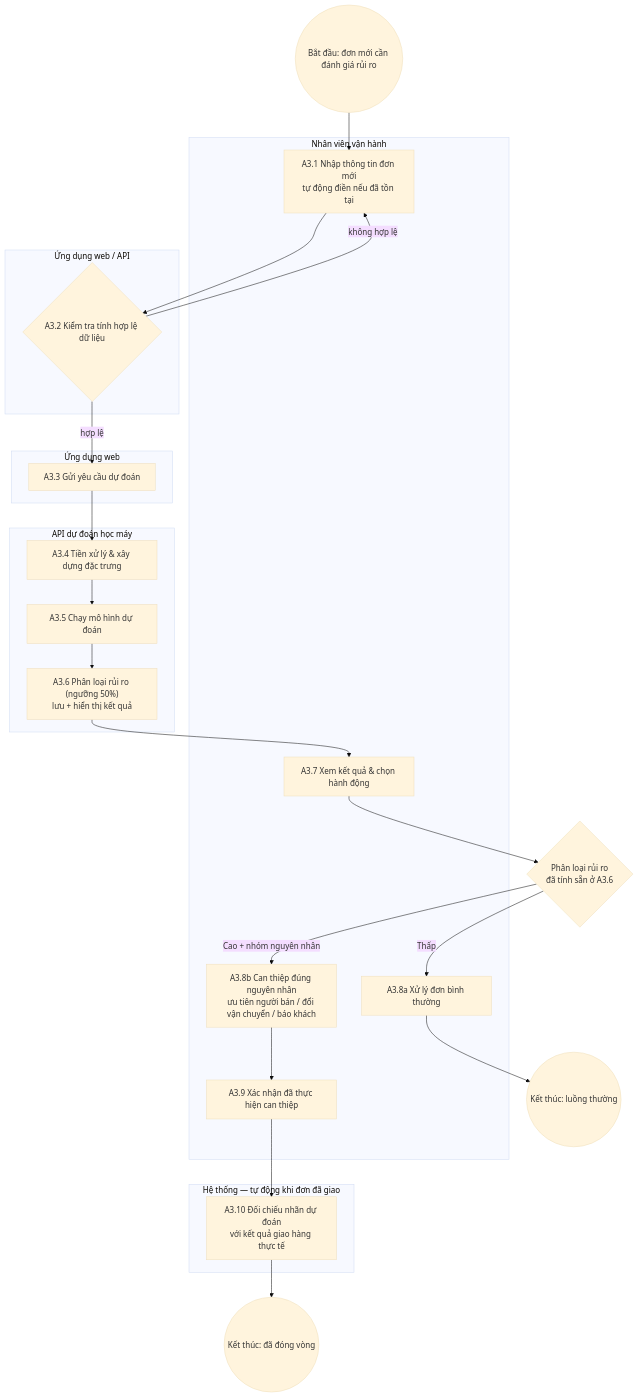
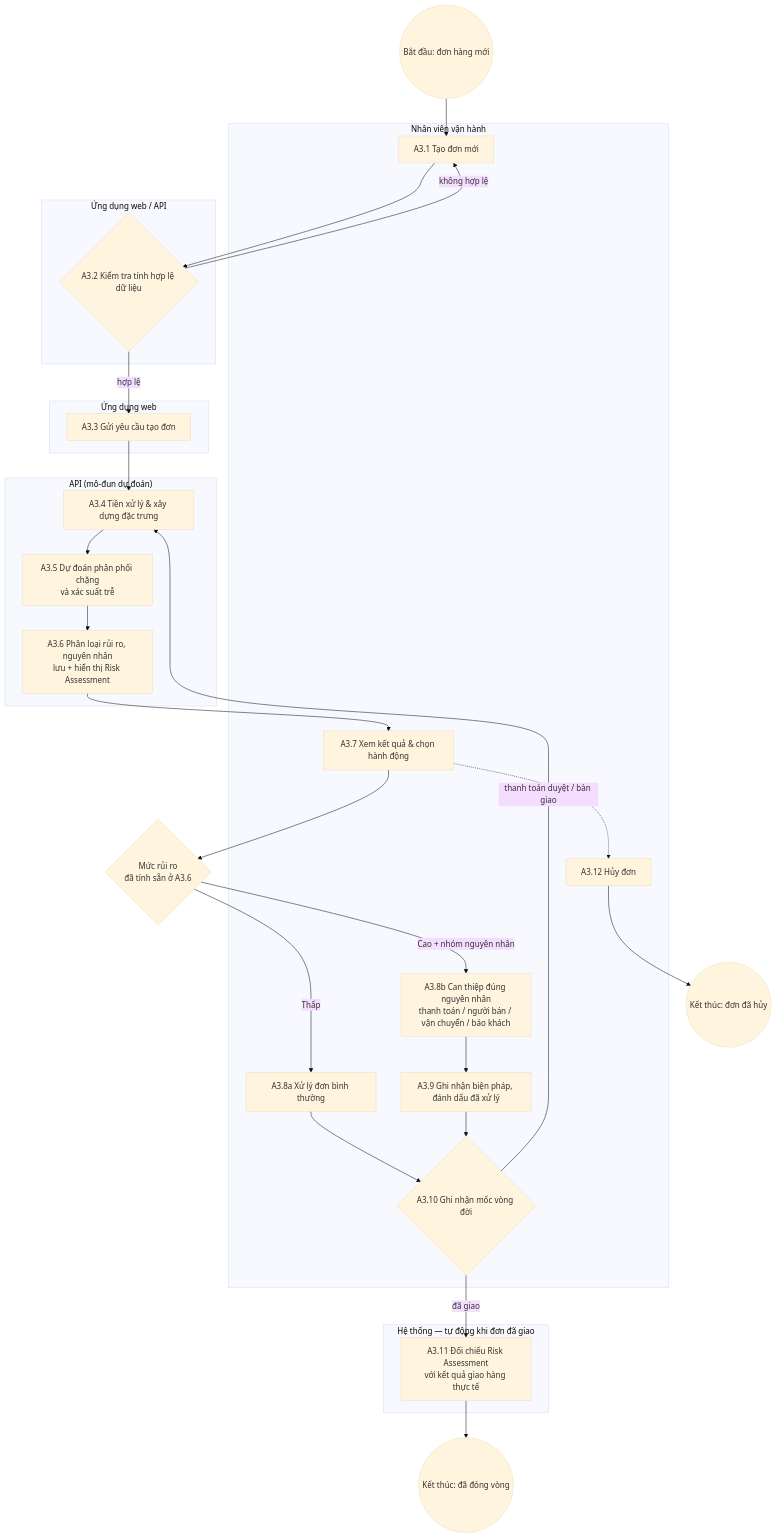
The third of 3 diagrams in docs/business-process-analysis.md (anthinh-io/shipguard), drawn with Mermaid (base theme) before and after one commit. The commit also changed other lines of this file and 4 other files, not shown here.

````diff
--- a/docs/business-process-analysis.md
+++ b/docs/business-process-analysis.md
@@ -179,39 +185,44 @@
 ```mermaid
 flowchart TD
-    Start3((Bắt đầu: đơn mới cần đánh giá rủi ro)) --> A3_1
+    Start3((Bắt đầu: đơn hàng mới)) --> A3_1
 
     subgraph NV3[Nhân viên vận hành]
-        A3_1["A3.1 Nhập thông tin đơn mới<br/>tự động điền nếu đã tồn tại"]
+        A3_1["A3.1 Tạo đơn mới"]
         A3_7[A3.7 Xem kết quả & chọn hành động]
         A3_8a[A3.8a Xử lý đơn bình thường]
-        A3_8b["A3.8b Can thiệp đúng nguyên nhân<br/>ưu tiên người bán / đổi vận chuyển / báo khách"]
-        A3_9[A3.9 Xác nhận đã thực hiện can thiệp]
+        A3_8b["A3.8b Can thiệp đúng nguyên nhân<br/>thanh toán / người bán / vận chuyển / báo khách"]
+        A3_9[A3.9 Ghi nhận biện pháp, đánh dấu đã xử lý]
+        A3_10{"A3.10 Ghi nhận mốc vòng đời"}
+        A3_12[A3.12 Hủy đơn]
     end
 
     subgraph VAL[Ứng dụng web / API]
         A3_2{A3.2 Kiểm tra tính hợp lệ dữ liệu}
     end
 
     subgraph WEB3[Ứng dụng web]
-        A3_3[A3.3 Gửi yêu cầu dự đoán]
+        A3_3[A3.3 Gửi yêu cầu tạo đơn]
     end
 
-    subgraph ML[API dự đoán học máy]
+    subgraph ML["API (mô-đun dự đoán)"]
         A3_4[A3.4 Tiền xử lý & xây dựng đặc trưng]
-        A3_5[A3.5 Chạy mô hình dự đoán]
-        A3_6["A3.6 Phân loại rủi ro (ngưỡng 50%)<br/>lưu + hiển thị kết quả"]
+        A3_5["A3.5 Dự đoán phân phối chặng<br/>và xác suất trễ"]
+        A3_6["A3.6 Phân loại rủi ro, nguyên nhân<br/>lưu + hiển thị Risk Assessment"]
     end
 
     subgraph SYS[Hệ thống — tự động khi đơn đã giao]
-        A3_10["A3.10 Đối chiếu nhãn dự đoán<br/>với kết quả giao hàng thực tế"]
+        A3_11["A3.11 Đối chiếu Risk Assessment<br/>với kết quả giao hàng thực tế"]
     end
 
     A3_1 --> A3_2
     A3_2 -->|không hợp lệ| A3_1
     A3_2 -->|hợp lệ| A3_3
     A3_3 --> A3_4 --> A3_5 --> A3_6 --> A3_7
 
-    A3_7 --> Gate{"Phân loại rủi ro<br/>đã tính sẵn ở A3.6"}
-    Gate -->|Thấp| A3_8a --> EndA((Kết thúc: luồng thường))
-    Gate -->|Cao + nhóm nguyên nhân| A3_8b --> A3_9 --> A3_10 --> EndB((Kết thúc: đã đóng vòng))
+    A3_7 --> Gate{"Mức rủi ro<br/>đã tính sẵn ở A3.6"}
+    Gate -->|Thấp| A3_8a --> A3_10
+    Gate -->|Cao + nhóm nguyên nhân| A3_8b --> A3_9 --> A3_10
+    A3_10 -->|thanh toán duyệt / bàn giao| A3_4
+    A3_10 -->|đã giao| A3_11 --> EndB((Kết thúc: đã đóng vòng))
+    A3_7 -.-> A3_12 --> EndC((Kết thúc: đơn đã hủy))
 ```
````
